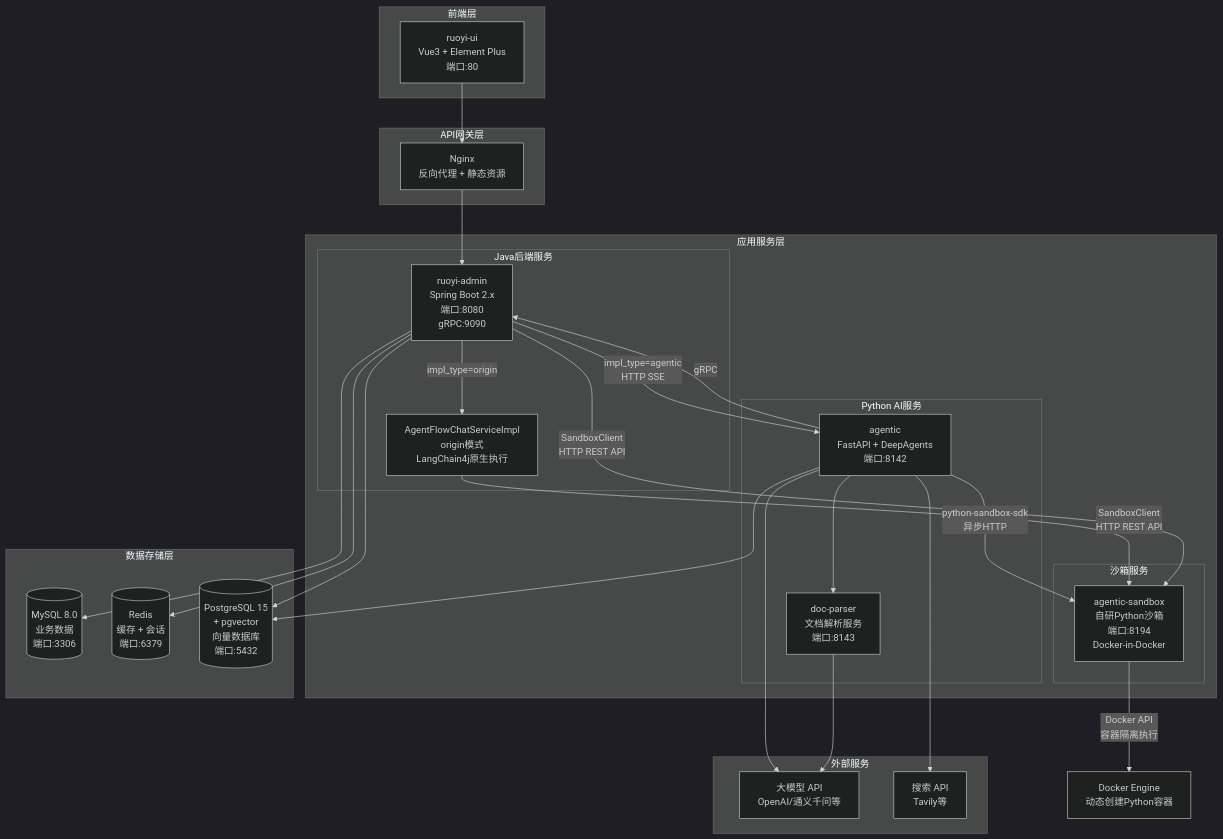
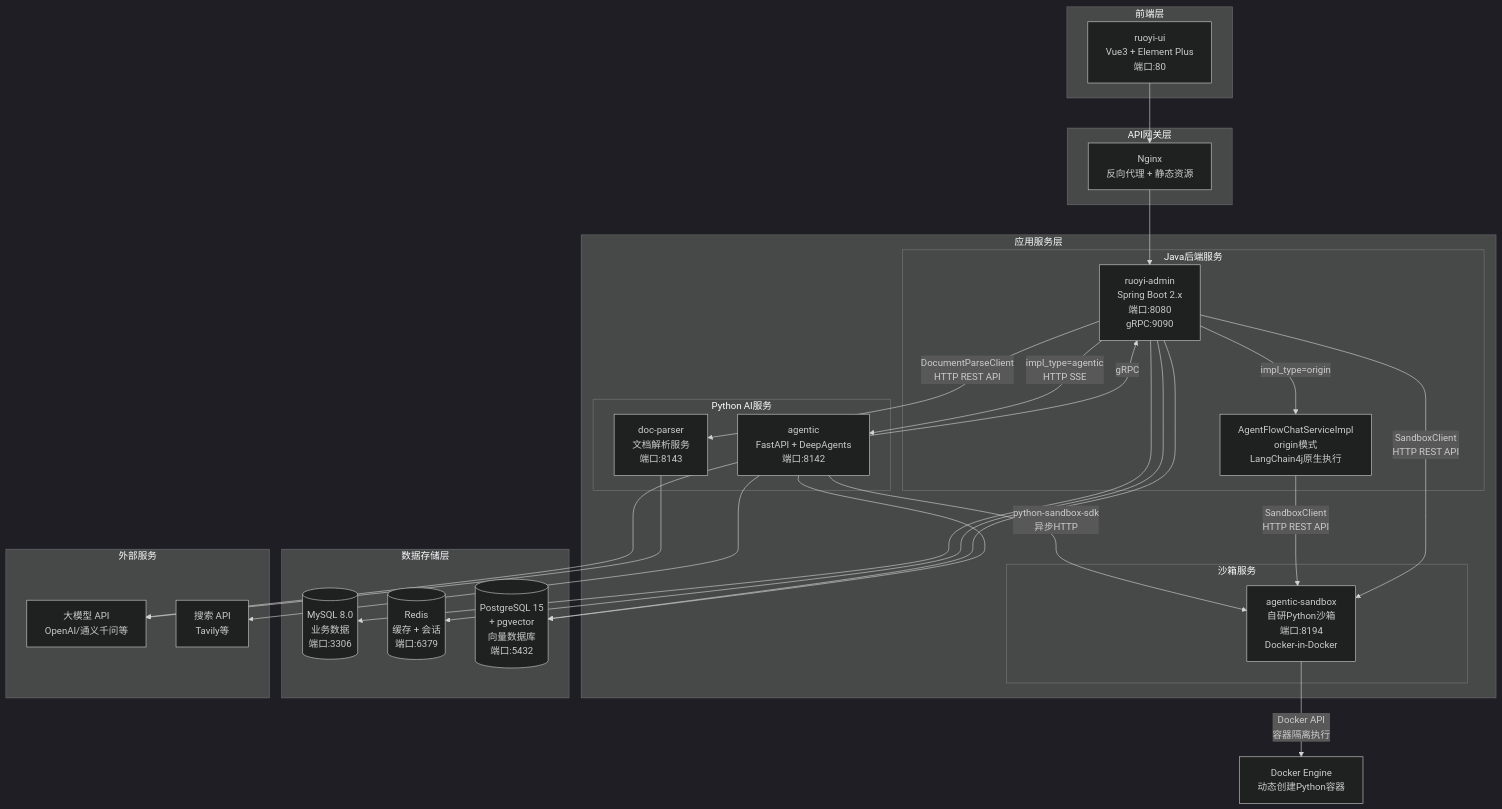
Before and after one commit to zjwan461/ruoyi-langchain4j: the first of 10 diagrams in ARCHITECTURE.md, drawn with Mermaid (dark theme). The commit also changed other lines of this file, not shown here.

````diff
--- a/ARCHITECTURE.md
+++ b/ARCHITECTURE.md
@@ -9,61 +9,61 @@
 ```mermaid
 graph TB
     subgraph "前端层"
         UI[ruoyi-ui<br/>Vue3 + Element Plus<br/>端口:80]
     end
 
     subgraph "API网关层"
         NGINX[Nginx<br/>反向代理 + 静态资源]
     end
 
     subgraph "应用服务层"
         subgraph "Java后端服务"
             ADMIN[ruoyi-admin<br/>Spring Boot 2.x<br/>端口:8080<br/>gRPC:9090]
             ORIGIN[AgentFlowChatServiceImpl<br/>origin模式<br/>LangChain4j原生执行]
         end
         
         subgraph "Python AI服务"
             AGENTIC[agentic<br/>FastAPI + DeepAgents<br/>端口:8142]
             DOC_PARSER[doc-parser<br/>文档解析服务<br/>端口:8143]
         end
         
         subgraph "沙箱服务"
             SANDBOX[agentic-sandbox<br/>自研Python沙箱<br/>端口:8194<br/>Docker-in-Docker]
         end
     end
 
     subgraph "数据存储层"
         MYSQL[(MySQL 8.0<br/>业务数据<br/>端口:3306)]
         REDIS[(Redis<br/>缓存 + 会话<br/>端口:6379)]
         PGVECTOR[(PostgreSQL 15<br/>+ pgvector<br/>向量数据库<br/>端口:5432)]
     end
 
     subgraph "外部服务"
         LLM[大模型 API<br/>OpenAI/通义千问等]
         SEARCH[搜索 API<br/>Tavily等]
     end
 
     UI --> NGINX
     NGINX --> ADMIN
     
     ADMIN -->|impl_type=origin| ORIGIN
     ADMIN -->|impl_type=agentic<br/>HTTP SSE| AGENTIC
+    ADMIN -->|DocumentParseClient<br/>HTTP REST API| DOC_PARSER
     
     AGENTIC -->|gRPC| ADMIN
     AGENTIC -->|python-sandbox-sdk<br/>异步HTTP| SANDBOX
-    AGENTIC --> DOC_PARSER
     
     ORIGIN -->|SandboxClient<br/>HTTP REST API| SANDBOX
     ADMIN -->|SandboxClient<br/>HTTP REST API| SANDBOX
     ADMIN --> MYSQL
     ADMIN --> REDIS
     ADMIN --> PGVECTOR
     
     AGENTIC --> PGVECTOR
     AGENTIC --> LLM
     AGENTIC --> SEARCH
     
     DOC_PARSER --> LLM
     
     SANDBOX -->|Docker API<br/>容器隔离执行| DOCKER[Docker Engine<br/>动态创建Python容器]
 ```
````
